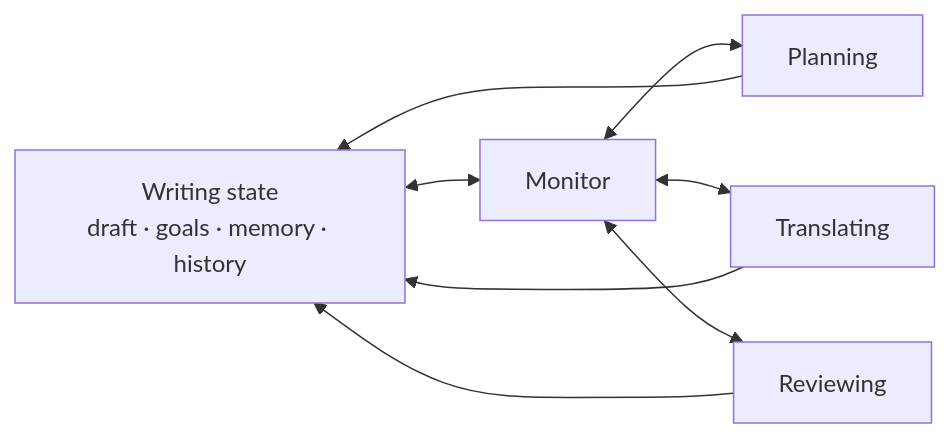
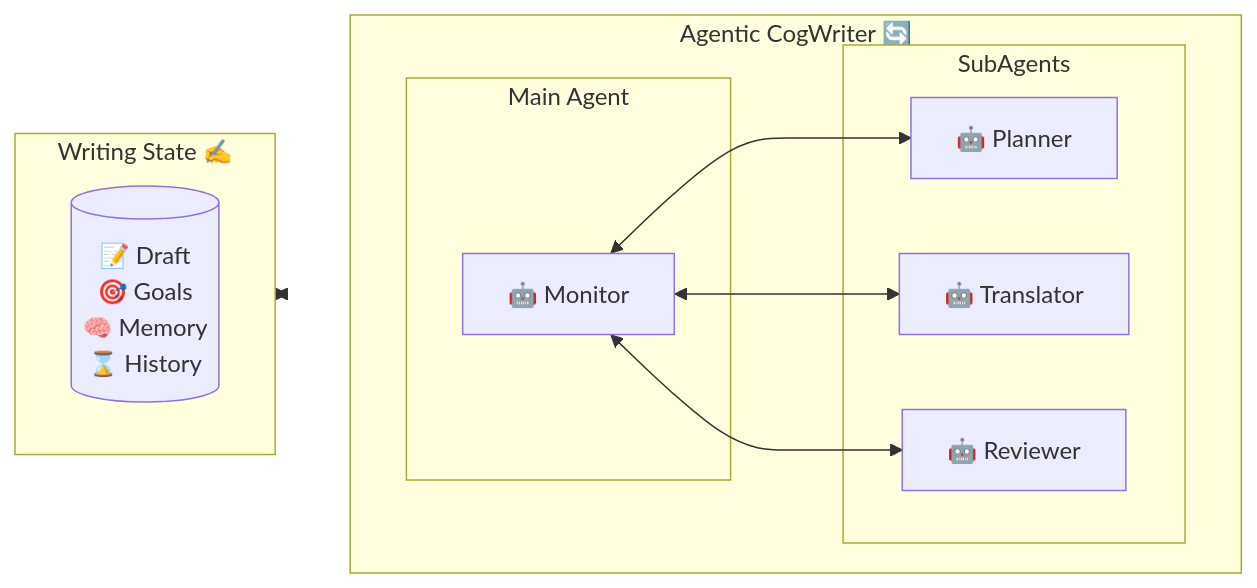
Before and after one commit to shunk031/agentic-cognitive-writing: the diagram in docs/index.md, drawn with Mermaid.

Commit message:
Fix homepage Mermaid layout (#24)
* Simplify homepage Mermaid layout

* Use implementation agent names in homepage diagram

* Group writing agents in homepage diagram

* Clarify implementation/theory labels in diagram

* Simplify homepage architecture labels

* Use implementation terminology in homepage diagram

* Keep homepage diagram implementation-focused

* Finalize homepage architecture diagram

* Align diagram with agent adapters

* No-op diagram content normalization

* Use proposed Mermaid architecture layout

* Update Mermaid diagram labels

````diff
--- a/docs/index.md
+++ b/docs/index.md
@@ -28,16 +28,26 @@
 ```mermaid
 flowchart LR
-    state["Writing state<br/>draft · goals · memory · history"]
-    monitor["Monitor"]
-    planning["Planning"]
-    translating["Translating"]
-    reviewing["Reviewing"]
 
-    state <--> monitor
-    monitor <--> planning
-    monitor <--> translating
-    monitor <--> reviewing
-    planning --> state
-    translating --> state
-    reviewing --> state
+    subgraph state["Writing State ✍️"]
+        direction LR
+        db[("📝 Draft<br>🎯 Goals<br>🧠 Memory<br>⌛ History")]
+    end
+
+    subgraph agentic_cogwriter["Agentic CogWriter 🔄"]
+        direction LR
+        subgraph main_agent["Main Agent"]
+            monitor["🤖 Monitor"]
+        end
+        subgraph sub_agents["SubAgents"]
+            planner["🤖 Planner"]
+            translator["🤖 Translator"]
+            reviewer["🤖 Reviewer"]
+        end
+    end
+
+    state <--> main_agent
+
+    monitor <--> planner
+    monitor <--> translator
+    monitor <--> reviewer
 ```
````
